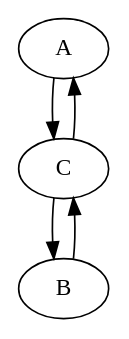
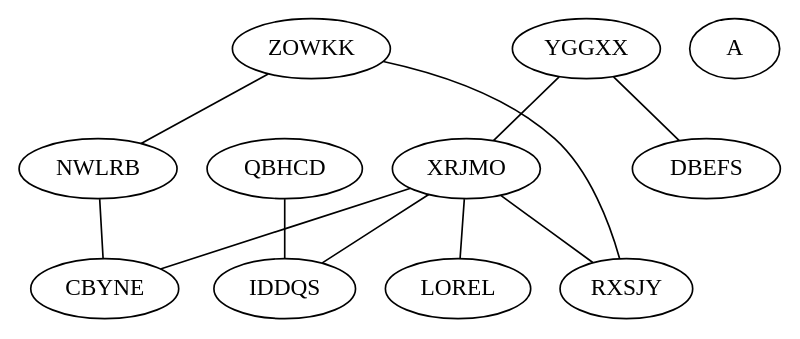
One commit to Hypex146/lab_5 changed the diagram in gv.gv. Above: the diagram before and after it, drawn with Graphviz. The commit also changed 8 other files, not shown here.

```diff
--- a/gv.gv
+++ b/gv.gv
@@ -1,9 +1,23 @@
-digraph Tree{
+graph Tree{
+  "NWLRB";
+  "NWLRB" -- "CBYNE";
+  "QBHCD";
+  "QBHCD" -- "IDDQS";
+  "ZOWKK";
+  "ZOWKK" -- "RXSJY";
+  "ZOWKK" -- "NWLRB";
+  "IDDQS";
+  "XRJMO";
+  "XRJMO" -- "RXSJY";
+  "XRJMO" -- "CBYNE";
+  "XRJMO" -- "LOREL";
+  "XRJMO" -- "IDDQS";
+  "RXSJY";
+  "DBEFS";
+  "CBYNE";
+  "YGGXX";
+  "YGGXX" -- "DBEFS";
+  "YGGXX" -- "XRJMO";
+  "LOREL";
   "A";
-  "A" -> "C";
-  "C";
-  "C" -> "B";
-  "C" -> "A";
-  "B";
-  "B" -> "C";
 }
```
